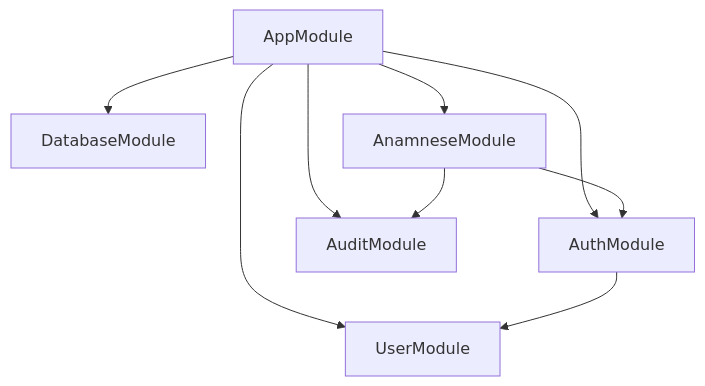
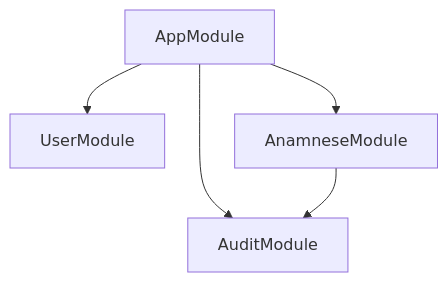
Before and after one commit to JulLeuverink/schoen-klinik-coding-challenge: the third of 4 diagrams in docs/architektur.md, drawn with Mermaid. The commit also changed other lines of this file and 16 other files, not shown here.

````diff
--- a/docs/architektur.md
+++ b/docs/architektur.md
@@ -159,12 +149,8 @@
 ```mermaid
 flowchart TB
-    AppModule --> DatabaseModule
-    AppModule --> AuthModule
     AppModule --> UserModule
     AppModule --> AnamneseModule
     AppModule --> AuditModule
 
-    AuthModule --> UserModule
     AnamneseModule --> AuditModule
-    AnamneseModule --> AuthModule
 ```
````
